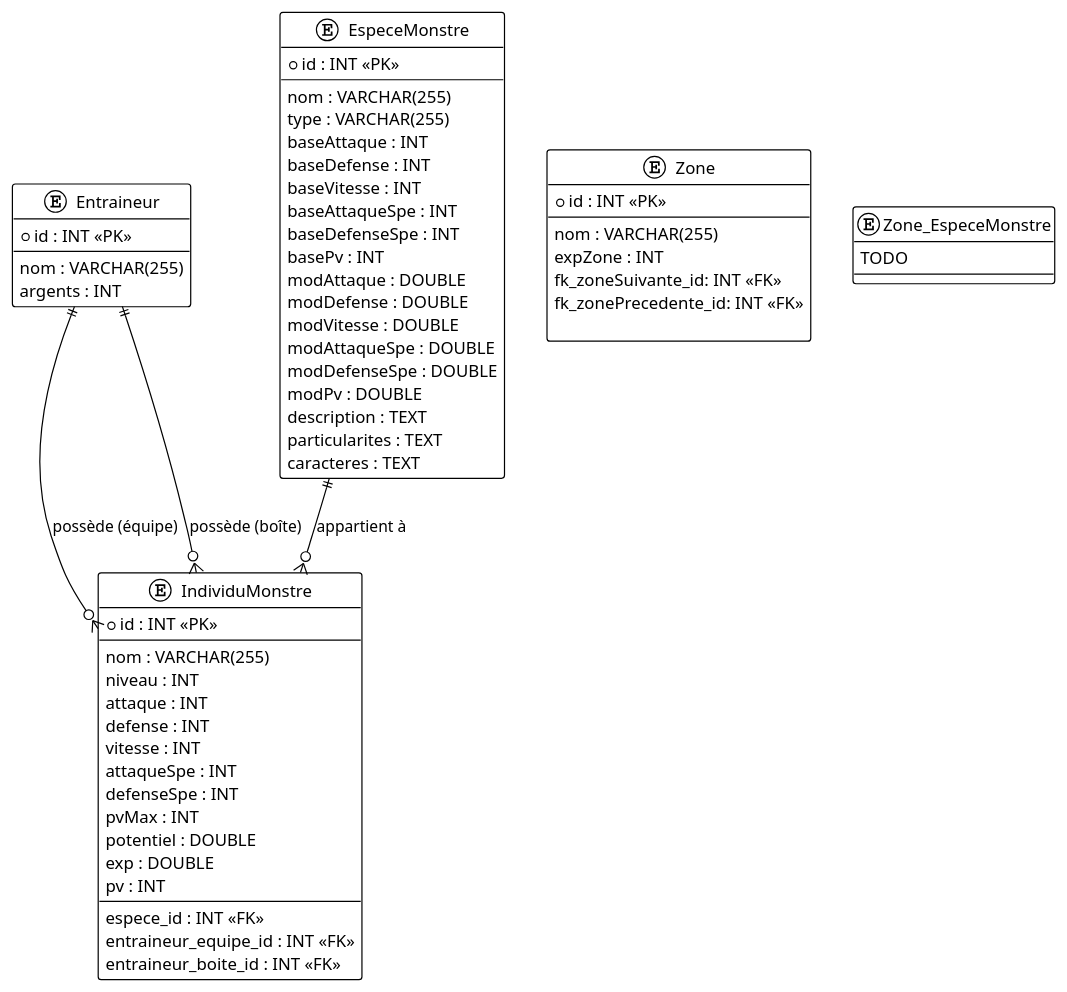
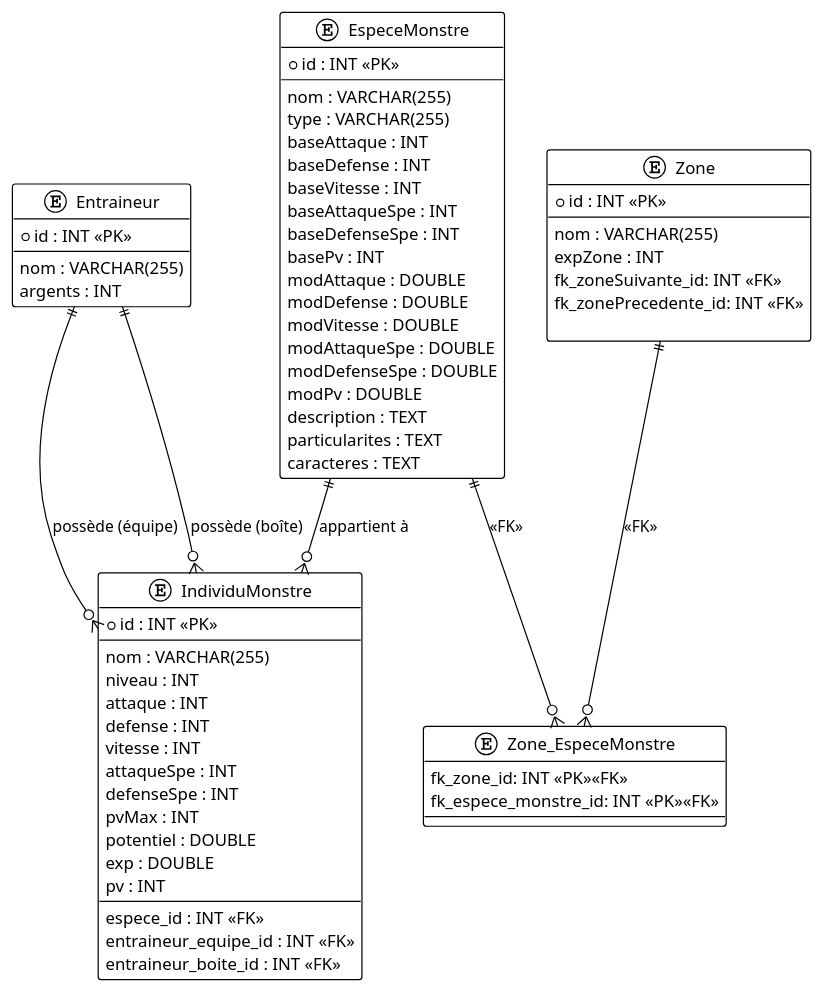
One commit to walae04/kotlinMonster-Sprint3 changed the diagram in ERD TODO.puml. Above: the diagram before and after it, drawn with PlantUML. The commit also changed 2 other files, not shown here.

```diff
--- a/ERD TODO.puml
+++ b/ERD TODO.puml
@@ -1,79 +1,81 @@
 @startuml
 !theme plain
 '--------------------------------------------------
 ' Diagramme ERD - Kotlin Monsters (Sprint 3)
 '--------------------------------------------------
 
 entity "Entraineur" as Entraineur {
 * id : INT <<PK>>
 --
 nom : VARCHAR(255)
 argents : INT
 }
 
 entity "EspeceMonstre" as EspeceMonstre {
   * id : INT <<PK>>
   --
   nom : VARCHAR(255)
   type : VARCHAR(255)
   baseAttaque : INT
   baseDefense : INT
   baseVitesse : INT
   baseAttaqueSpe : INT
   baseDefenseSpe : INT
   basePv : INT
   modAttaque : DOUBLE
   modDefense : DOUBLE
   modVitesse : DOUBLE
   modAttaqueSpe : DOUBLE
   modDefenseSpe : DOUBLE
   modPv : DOUBLE
   description : TEXT
   particularites : TEXT
   caracteres : TEXT
 }
 
 entity "Zone" as Zone {
   * id : INT <<PK>>
   --
    nom : VARCHAR(255)
    expZone : INT
    fk_zoneSuivante_id: INT <<FK>>
    fk_zonePrecedente_id: INT <<FK>>
 
 }
 
 entity "Zone_EspeceMonstre" as Zone_EspeceMonstre {
-TODO
+    fk_zone_id: INT <<PK>><<FK>>
+    fk_espece_monstre_id: INT <<PK>><<FK>>
 }
 
 entity "IndividuMonstre" as IndividuMonstre {
   * id : INT <<PK>>
   --
   nom : VARCHAR(255)
   niveau : INT
   attaque : INT
   defense : INT
   vitesse : INT
   attaqueSpe : INT
   defenseSpe : INT
   pvMax : INT
   potentiel : DOUBLE
   exp : DOUBLE
   pv : INT
   --
   espece_id : INT <<FK>>
   entraineur_equipe_id : INT <<FK>>
   entraineur_boite_id : INT <<FK>>
 }
 
 '--------------------------------------------------
 ' Relations
 '--------------------------------------------------
 
 Entraineur ||--o{ IndividuMonstre : "possède (équipe)"
 Entraineur ||--o{ IndividuMonstre : "possède (boîte)"
 EspeceMonstre ||--o{ IndividuMonstre : "appartient à"
-'TODO
+EspeceMonstre ||--o{ Zone_EspeceMonstre : <<FK>>
+Zone ||--o{ Zone_EspeceMonstre : <<FK>>
 
 @enduml
```
